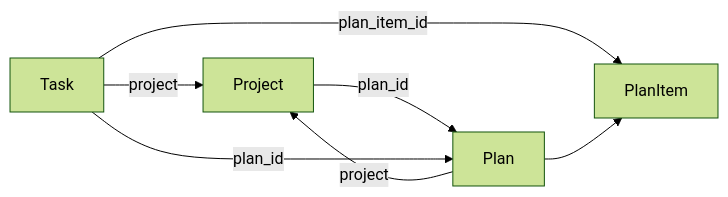
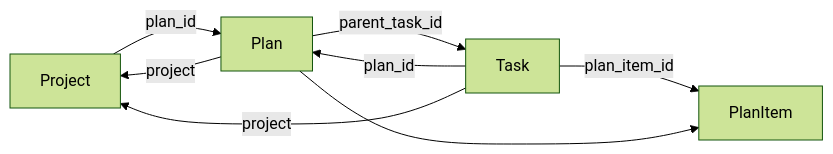
The first of 2 diagrams in docs/design/project-lifecycle.md (Aureliolo/synthorg), drawn with Mermaid (forest theme) before and after one commit. The commit also changed other lines of this file and 307 other files, not shown here.

````diff
--- a/docs/design/project-lifecycle.md
+++ b/docs/design/project-lifecycle.md
@@ -15,9 +15,10 @@
 ```mermaid
 flowchart LR
     Project -->|plan_id| Plan
     Plan -->|project| Project
+    Plan -->|parent_task_id| Task
     Task -->|plan_id| Plan
     Task -->|plan_item_id| PlanItem
     Task -->|project| Project
     Plan --> PlanItem
 ```
````
